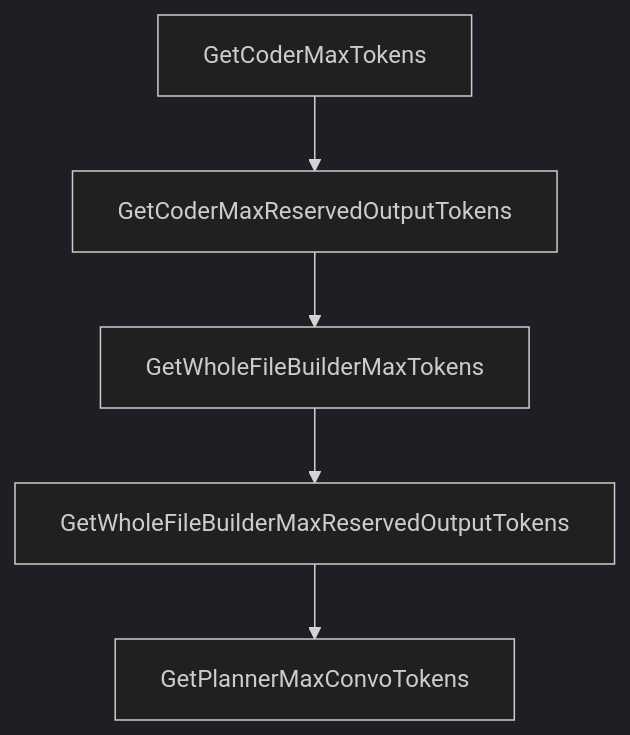
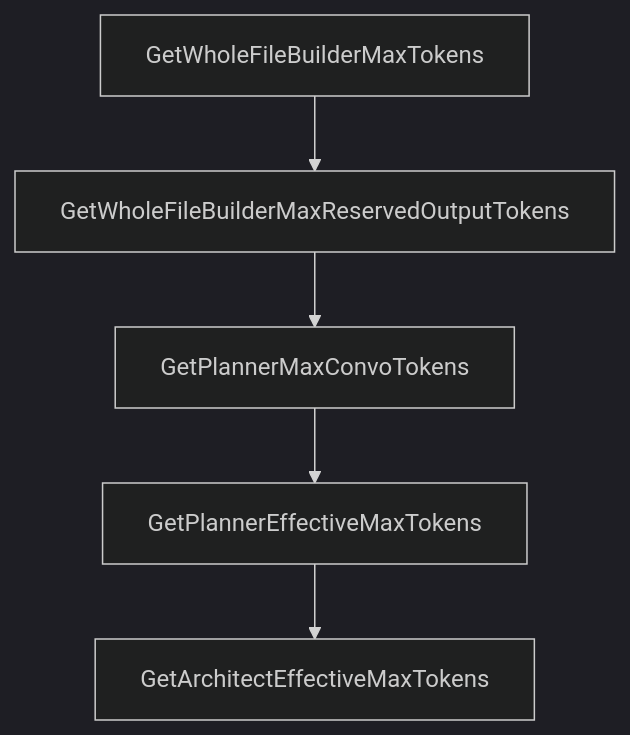
One commit to johnxie/awesome-code-docs changed the diagram in tutorials/plandex-tutorial/05-model-packs-and-provider-strategy.md. Above: the diagram before and after it, drawn with Mermaid (dark theme). The commit also changed other lines of this file and 1232 other files, not shown here.

````diff
--- a/tutorials/plandex-tutorial/05-model-packs-and-provider-strategy.md
+++ b/tutorials/plandex-tutorial/05-model-packs-and-provider-strategy.md
@@ -199,12 +197,12 @@
 ```mermaid
 flowchart TD
-    A[GetCoderMaxTokens]
-    B[GetCoderMaxReservedOutputTokens]
-    C[GetWholeFileBuilderMaxTokens]
-    D[GetWholeFileBuilderMaxReservedOutputTokens]
-    E[GetPlannerMaxConvoTokens]
+    A[GetWholeFileBuilderMaxTokens]
+    B[GetWholeFileBuilderMaxReservedOutputTokens]
+    C[GetPlannerMaxConvoTokens]
+    D[GetPlannerEffectiveMaxTokens]
+    E[GetArchitectEffectiveMaxTokens]
     A --> B
     B --> C
     C --> D
     D --> E
 ```
````
